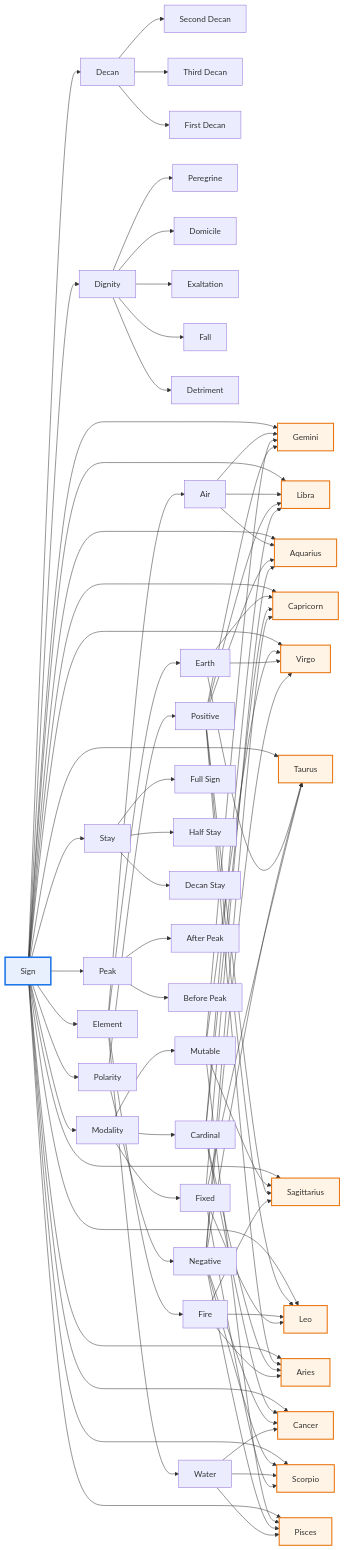
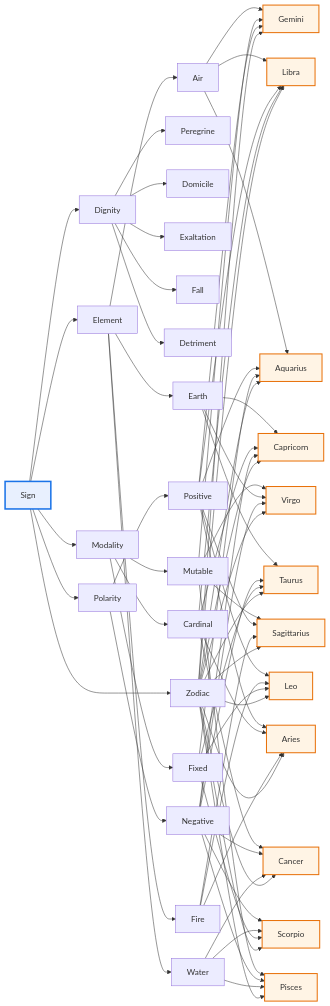
One commit to organizzolini/codebase changed the fourth of 8 diagrams in projects/caelundas/caelundas-db/documentation/tag-graph-data.md. Above: the diagram before and after it, drawn with Mermaid. The commit also changed other lines of this file and 57 other files, not shown here.

````diff
--- a/projects/caelundas/caelundas-db/documentation/tag-graph-data.md
+++ b/projects/caelundas/caelundas-db/documentation/tag-graph-data.md
@@ -86,24 +86,22 @@
 ```mermaid
 flowchart LR
     classDef root fill:#e8f0fe,stroke:#1a73e8,stroke-width:3px
     classDef shared fill:#fff4e5,stroke:#e8710a,stroke-width:2px
-    n18["Sign"] --> n19["Decan"] & n20["Dignity"] & n21["Element"] & n22["Modality"] & n23["Polarity"] & n24["Stay"] & n25["Gemini"] & n26["Capricorn"] & n27["Sagittarius"] & n28["Cancer"] & n29["Leo"] & n30["Virgo"] & n31["Libra"] & n32["Scorpio"] & n33["Aquarius"] & n34["Aries"] & n35["Pisces"] & n36["Taurus"] & n37["Peak"]
-    n19 --> n131["Second Decan"] & n132["Third Decan"] & n133["First Decan"]
-    n20 --> n134["Peregrine"] & n135["Domicile"] & n136["Exaltation"] & n137["Fall"] & n138["Detriment"]
-    n21 --> n139["Air"] & n140["Earth"] & n141["Fire"] & n142["Water"]
-    n22 --> n143["Mutable"] & n144["Cardinal"] & n145["Fixed"]
-    n23 --> n146["Positive"] & n147["Negative"]
-    n24 --> n148["Full Sign"] & n149["Half Stay"] & n150["Decan Stay"]
-    n139 --> n25 & n31 & n33
-    n143 --> n25 & n27 & n30 & n35
-    n146 --> n25 & n27 & n29 & n31 & n33 & n34
-    n140 --> n26 & n30 & n36
-    n144 --> n26 & n28 & n31 & n34
-    n147 --> n26 & n28 & n30 & n32 & n35 & n36
-    n141 --> n27 & n29 & n34
-    n142 --> n28 & n32 & n35
-    n145 --> n29 & n32 & n33 & n36
-    n37 --> n281["After Peak"] & n282["Before Peak"]
+    n18["Sign"] --> n19["Dignity"] & n20["Element"] & n21["Modality"] & n22["Polarity"] & n23["Zodiac"]
+    n19 --> n129["Peregrine"] & n130["Domicile"] & n131["Exaltation"] & n132["Fall"] & n133["Detriment"]
+    n20 --> n134["Air"] & n135["Earth"] & n136["Fire"] & n137["Water"]
+    n21 --> n138["Mutable"] & n139["Cardinal"] & n140["Fixed"]
+    n22 --> n141["Positive"] & n142["Negative"]
+    n134 --> n209["Gemini"] & n210["Libra"] & n211["Aquarius"]
+    n138 --> n209 & n212["Sagittarius"] & n213["Virgo"] & n214["Pisces"]
+    n141 --> n209 & n212 & n215["Leo"] & n210 & n211 & n216["Aries"]
+    n135 --> n225["Capricorn"] & n213 & n226["Taurus"]
+    n139 --> n225 & n227["Cancer"] & n210 & n216
+    n142 --> n225 & n227 & n213 & n228["Scorpio"] & n214 & n226
+    n136 --> n212 & n215 & n216
+    n137 --> n227 & n228 & n214
+    n140 --> n215 & n228 & n211 & n226
+    n23 --> n209 & n225 & n212 & n227 & n215 & n213 & n210 & n228 & n211 & n216 & n214 & n226
     class n18 root
-    class n25,n26,n27,n28,n29,n30,n31,n32,n33,n34,n35,n36 shared
+    class n209,n210,n211,n212,n213,n214,n215,n216,n225,n226,n227,n228 shared
 ```
````
